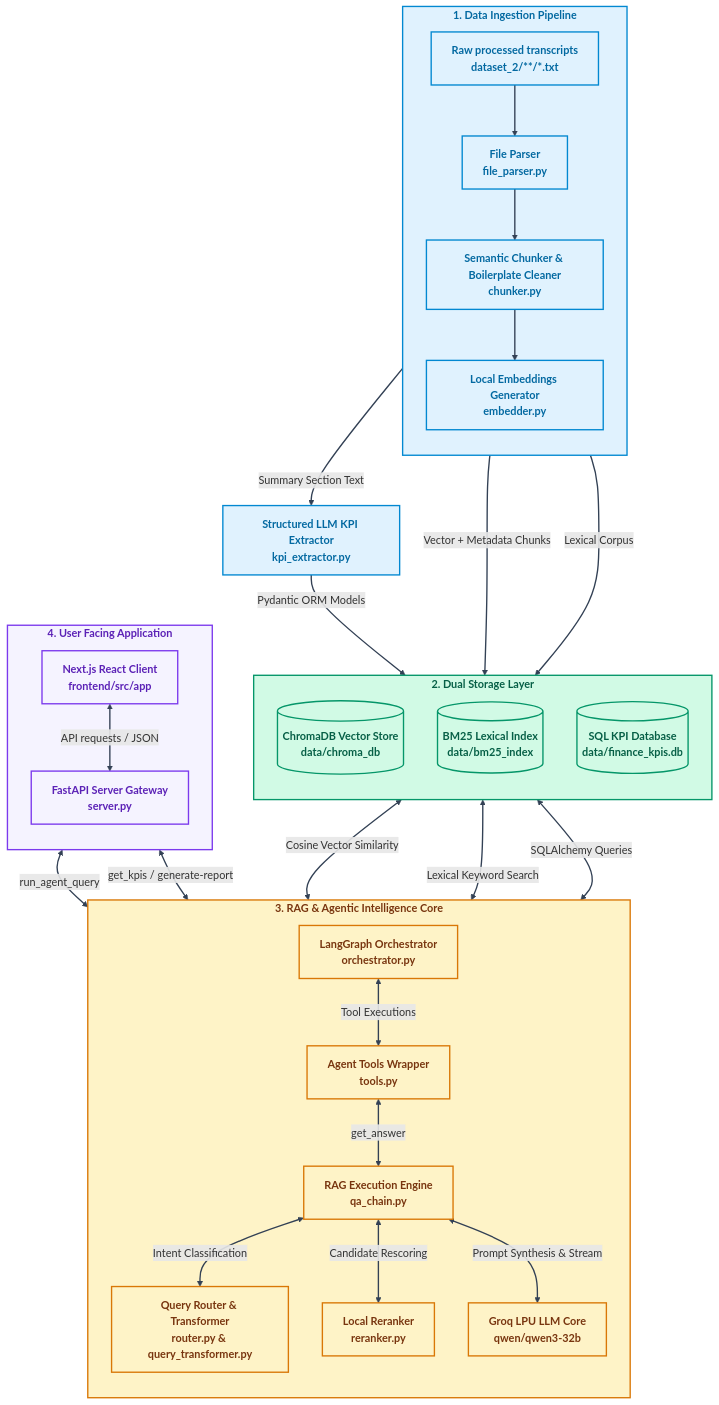
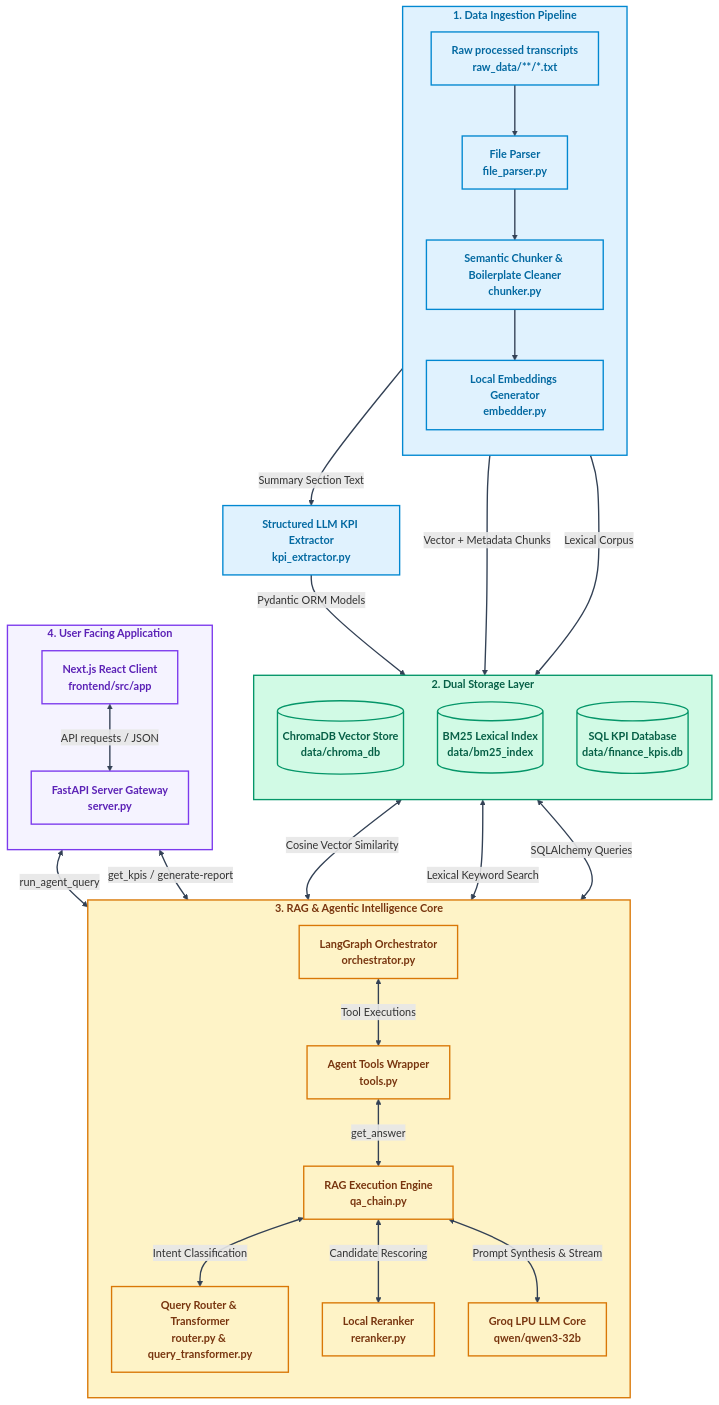
One commit to VedantKarne/AURA-Financial-Intelligence changed the diagram in README.md. Above: the diagram before and after it, drawn with Mermaid. The commit also changed 32 other files, not shown here.

Commit message:
Final cleanup: Rename dataset_2 to raw_data globally, fix docker mounts, sync docs

````diff
--- a/README.md
+++ b/README.md
@@ -121,65 +121,65 @@
 ```mermaid
 flowchart TB
     classDef ingestion fill:#e0f2fe,stroke:#0288d1,stroke-width:2px,color:#0369a1,font-weight:bold
     classDef storage fill:#d1fae5,stroke:#059669,stroke-width:2px,color:#065f46,font-weight:bold
     classDef logic fill:#fef3c7,stroke:#d97706,stroke-width:2px,color:#78350f,font-weight:bold
     classDef ui fill:#f5f3ff,stroke:#7c3aed,stroke-width:2px,color:#5b21b6,font-weight:bold
 
     subgraph Data_Ingestion_Pipeline [1. Data Ingestion Pipeline]
         direction TB
-        A1[Raw processed transcripts<br/>dataset_2/**/*.txt] --> A2[File Parser<br/>file_parser.py]
+        A1[Raw processed transcripts<br/>raw_data/**/*.txt] --> A2[File Parser<br/>file_parser.py]
         A2 --> A3[Semantic Chunker & Boilerplate Cleaner<br/>chunker.py]
         A3 --> A4[Local Embeddings Generator<br/>embedder.py]
     end
     class Data_Ingestion_Pipeline ingestion
 
     subgraph Dual_Storage_Layer [2. Dual Storage Layer]
         direction TB
         B1[(ChromaDB Vector Store<br/>data/chroma_db)]
         B2[(BM25 Lexical Index<br/>data/bm25_index)]
         B3[(SQL KPI Database<br/>data/finance_kpis.db)]
     end
     class Dual_Storage_Layer storage
 
     A4 -->|Vector + Metadata Chunks| B1
     A3 -->|Lexical Corpus| B2
     A2 -->|Summary Section Text| A5[Structured LLM KPI Extractor<br/>kpi_extractor.py]
     A5 -->|Pydantic ORM Models| B3
 
     subgraph Intelligence_Core [3. RAG & Agentic Intelligence Core]
         direction TB
         C1[LangGraph Orchestrator<br/>orchestrator.py]
         C2[Agent Tools Wrapper<br/>tools.py]
         C3[Query Router & Transformer<br/>router.py & query_transformer.py]
         C4[RAG Execution Engine<br/>qa_chain.py]
         C5[Local Reranker<br/>reranker.py]
         C6[Groq LPU LLM Core<br/>qwen/qwen3-32b]
     end
     class Intelligence_Core logic
 
     B1 <-->|Cosine Vector Similarity| C4
     B2 <-->|Lexical Keyword Search| C4
     B3 <-->|SQLAlchemy Queries| C2
     C1 <-->|Tool Executions| C2
     C2 <-->|get_answer| C4
     C4 <-->|Intent Classification| C3
     C4 <-->|Candidate Rescoring| C5
     C4 <-->|Prompt Synthesis & Stream| C6
 
     subgraph User_Facing [4. User Facing Application]
         direction TB
         D1[FastAPI Server Gateway<br/>server.py]
         D2[Next.js React Client<br/>frontend/src/app]
     end
     class User_Facing ui
 
     D2 <-->|API requests / JSON| D1
     D1 <-->|run_agent_query| C1
     D1 <-->|get_kpis / generate-report| C2
 
     class A1,A2,A3,A4,A5 ingestion
     class B1,B2,B3 storage
     class C1,C2,C3,C4,C5,C6 logic
     class D1,D2 ui
     linkStyle default stroke:#334155,stroke-width:2px
 ```
````
